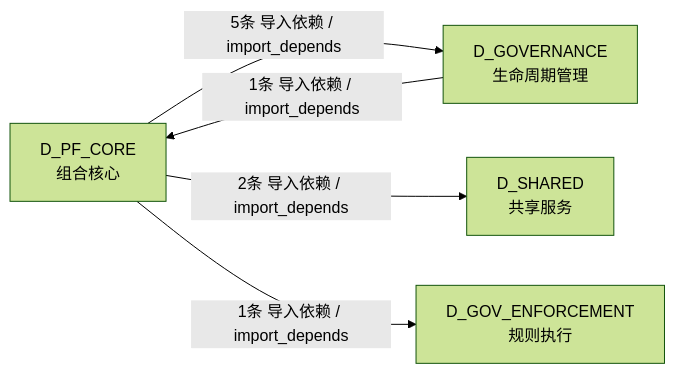
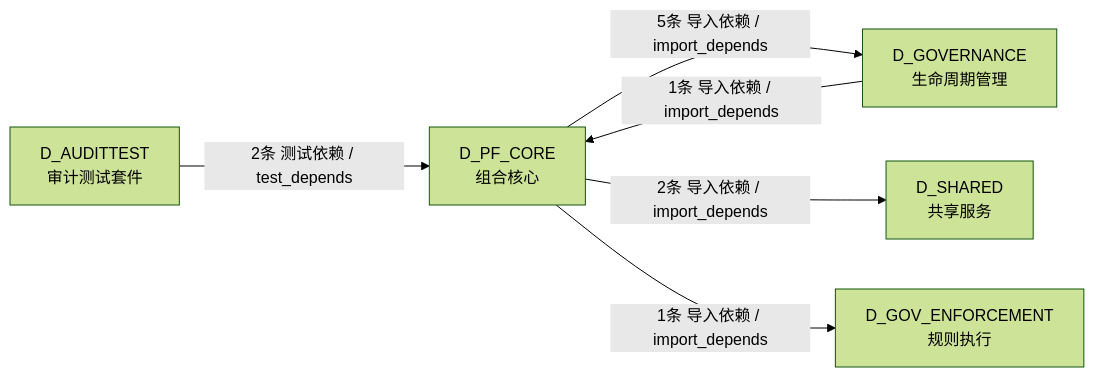
Before and after one commit to xuanFelixVan/ZephyrAlpha: the fourth of 4 diagrams in docs/02_enterprise_architecture/02_domain_architecture_docs/44_d_pf_core.md, drawn with Mermaid (forest theme). The commit also changed other lines of this file and 100 other files, not shown here.

````diff
--- a/docs/02_enterprise_architecture/02_domain_architecture_docs/44_d_pf_core.md
+++ b/docs/02_enterprise_architecture/02_domain_architecture_docs/44_d_pf_core.md
@@ -207,11 +207,13 @@
 ```mermaid
 graph LR
     D_PF_CORE["D_PF_CORE<br/>组合核心"]
     D_GOVERNANCE["D_GOVERNANCE<br/>生命周期管理"]
     D_SHARED["D_SHARED<br/>共享服务"]
     D_GOV_ENFORCEMENT["D_GOV_ENFORCEMENT<br/>规则执行"]
+    D_AUDITTEST["D_AUDITTEST<br/>审计测试套件"]
     D_PF_CORE -->|5条 导入依赖 / import_depends| D_GOVERNANCE
     D_PF_CORE -->|2条 导入依赖 / import_depends| D_SHARED
     D_PF_CORE -->|1条 导入依赖 / import_depends| D_GOV_ENFORCEMENT
+    D_AUDITTEST -->|2条 测试依赖 / test_depends| D_PF_CORE
     D_GOVERNANCE -->|1条 导入依赖 / import_depends| D_PF_CORE
 ```
````
